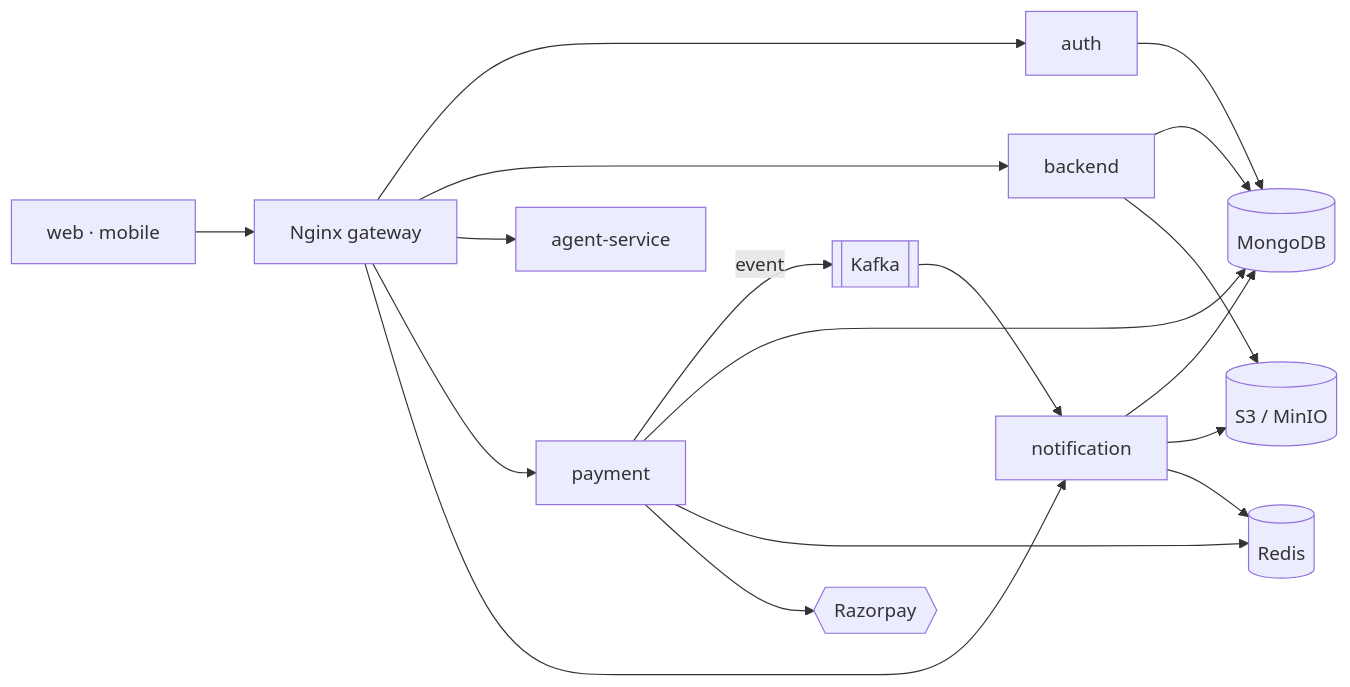
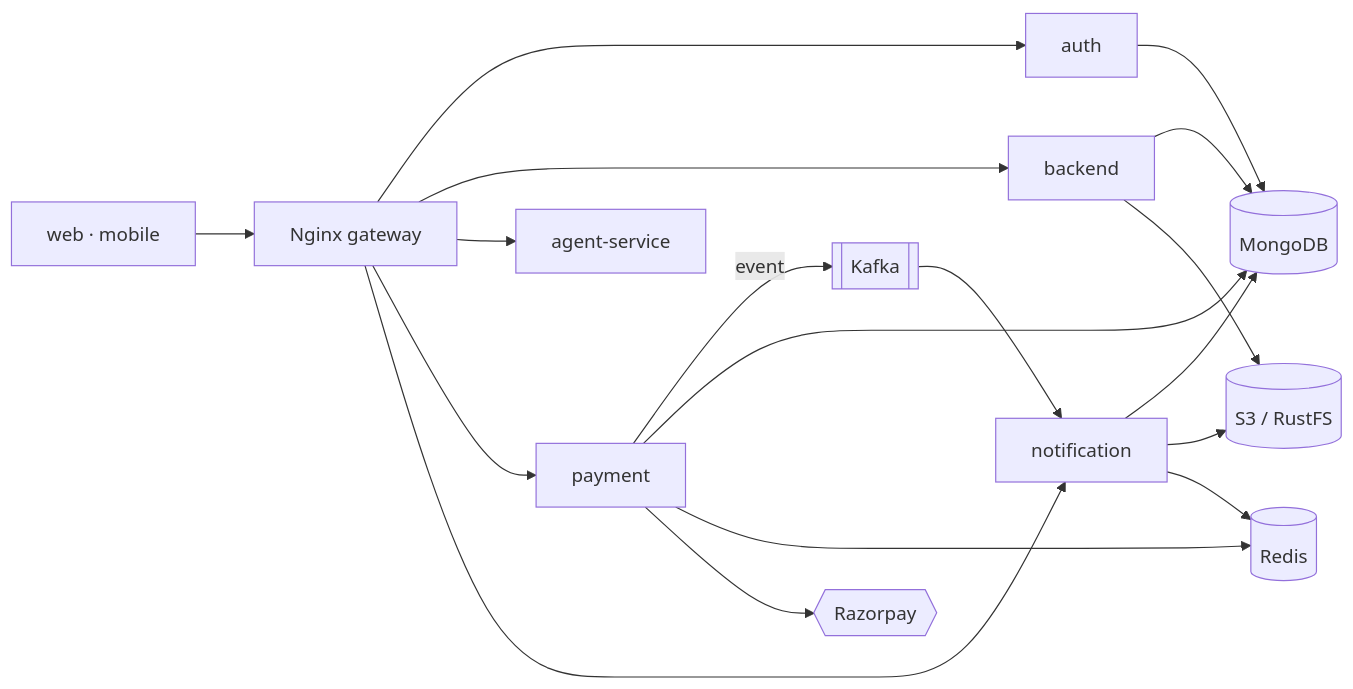
Before and after one commit to mayankgupta1008/joblensai-2: the second of 2 diagrams in README.md, drawn with Mermaid. The commit also changed other lines of this file and 14 other files, not shown here.

````diff
--- a/README.md
+++ b/README.md
@@ -67,18 +67,18 @@
 ```mermaid
 flowchart LR
     Clients["web · mobile"] --> GW["Nginx gateway"]
 
     GW --> Auth["auth"]
     GW --> Backend["backend"]
     GW --> Agent["agent-service"]
     GW --> Payment["payment"]
     GW --> Notif["notification"]
 
     Payment -->|event| Kafka[["Kafka"]]
     Kafka --> Notif
 
     Auth & Backend & Payment & Notif --> Mongo[("MongoDB")]
-    Backend & Notif --> S3[("S3 / MinIO")]
+    Backend & Notif --> S3[("S3 / RustFS")]
     Payment & Notif --> Redis[("Redis")]
     Payment --> RP{{"Razorpay"}}
 ```
````
